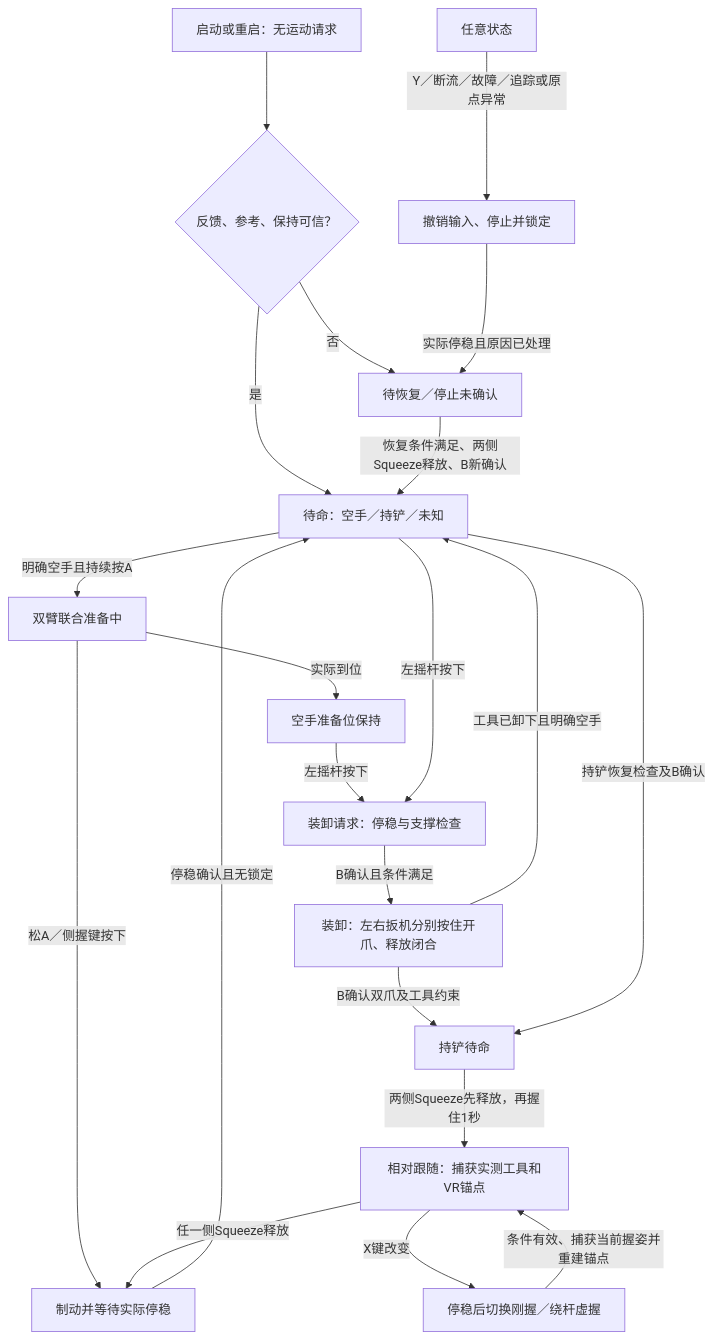
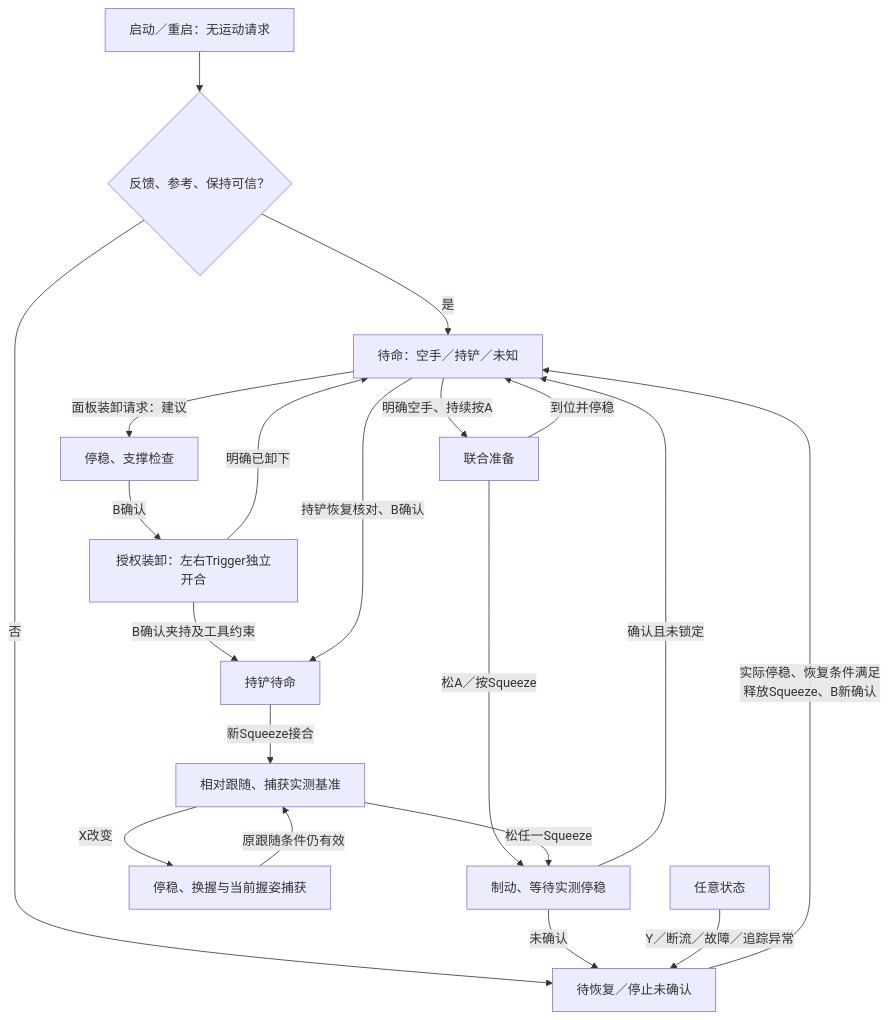
The third of 3 diagrams in 动作执行契约.md (WXB1870/bindu), drawn with Mermaid before and after one commit. The commit also changed other lines of this file and 27 other files, not shown here.

````diff
--- a/动作执行契约.md
+++ b/动作执行契约.md
@@ -253,23 +254,22 @@
 ```mermaid
 flowchart TD
-    BOOT[启动或重启：无运动请求] --> CHECK{反馈、参考、保持可信？}
+    BOOT[启动／重启：无运动请求] --> CHECK{反馈、参考、保持可信？}
     CHECK -->|是| HOLD[待命：空手／持铲／未知]
     CHECK -->|否| REC[待恢复／停止未确认]
-    HOLD -->|明确空手且持续按A| PREP[双臂联合准备中]
-    PREP -->|实际到位| EMPTY[空手准备位保持]
-    PREP -->|松A／侧握键按下| STOP[制动并等待实际停稳]
-    STOP -->|停稳确认且无锁定| HOLD
-    EMPTY -->|左摇杆按下| LOADREQ[装卸请求：停稳与支撑检查]
-    HOLD -->|左摇杆按下| LOADREQ
-    LOADREQ -->|B确认且条件满足| LOAD[装卸：左右扳机分别按住开爪、释放闭合]
-    LOAD -->|B确认双爪及工具约束| TOOL[持铲待命]
-    LOAD -->|工具已卸下且明确空手| HOLD
-    HOLD -->|持铲恢复检查及B确认| TOOL
-    TOOL -->|两侧Squeeze先释放，再握住1秒| TELEOP[相对跟随：捕获实测工具和VR锚点]
-    TELEOP -->|任一侧Squeeze释放| STOP
-    TELEOP -->|X键改变| SWITCH[停稳后切换刚握／绕杆虚握]
-    SWITCH -->|条件有效、捕获当前握姿并重建锚点| TELEOP
-    ACTIVE[任意状态] -->|Y／断流／故障／追踪或原点异常| LOCK[撤销输入、停止并锁定]
-    LOCK -->|实际停稳且原因已处理| REC
-    REC -->|恢复条件满足、两侧Squeeze释放、B新确认| HOLD
+    HOLD -->|明确空手、持续按A| PREP[联合准备]
+    PREP -->|到位并停稳| HOLD
+    PREP -->|松A／按Squeeze| STOP[制动、等待实测停稳]
+    STOP -->|确认且未锁定| HOLD
+    STOP -->|未确认| REC
+    HOLD -->|面板装卸请求：建议| LOADREQ[停稳、支撑检查]
+    LOADREQ -->|B确认| LOAD[授权装卸：左右Trigger独立开合]
+    LOAD -->|B确认夹持及工具约束| TOOL[持铲待命]
+    LOAD -->|明确已卸下| HOLD
+    HOLD -->|持铲恢复核对、B确认| TOOL
+    TOOL -->|新Squeeze接合| TELEOP[相对跟随、捕获实测基准]
+    TELEOP -->|松任一Squeeze| STOP
+    TELEOP -->|X改变| SWITCH[停稳、换握与当前握姿捕获]
+    SWITCH -->|原跟随条件仍有效| TELEOP
+    ANY[任意状态] -->|Y／断流／故障／追踪异常| REC
+    REC -->|实际停稳、恢复条件满足<br/>释放Squeeze、B新确认| HOLD
 ```
````
